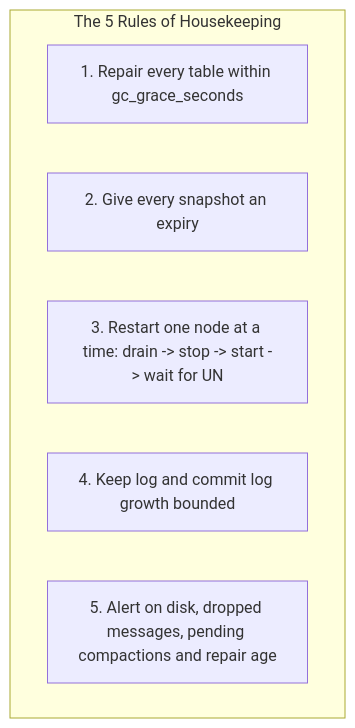
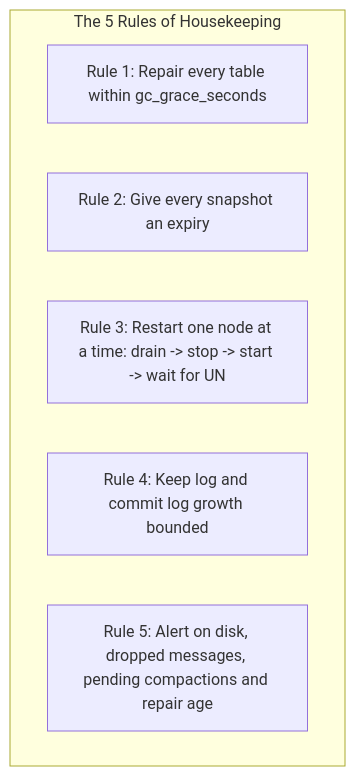
One commit to davetanana/cassandra-docs changed the first of 3 diagrams in 06_operations_and_housekeeping/02_housekeeping_and_automations.md. Above: the diagram before and after it, drawn with Mermaid. The commit also changed other lines of this file and 41 other files, not shown here.

````diff
--- a/06_operations_and_housekeeping/02_housekeeping_and_automations.md
+++ b/06_operations_and_housekeeping/02_housekeeping_and_automations.md
@@ -11,10 +11,10 @@
 ```mermaid
 graph TD
     subgraph HousekeepingRules ["The 5 Rules of Housekeeping"]
-        R1["1. Repair every table within gc_grace_seconds"]
-        R2["2. Give every snapshot an expiry"]
-        R3["3. Restart one node at a time: drain -> stop -> start -> wait for UN"]
-        R4["4. Keep log and commit log growth bounded"]
-        R5["5. Alert on disk, dropped messages, pending compactions and repair age"]
+        R1["Rule 1: Repair every table within gc_grace_seconds"]
+        R2["Rule 2: Give every snapshot an expiry"]
+        R3["Rule 3: Restart one node at a time: drain -> stop -> start -> wait for UN"]
+        R4["Rule 4: Keep log and commit log growth bounded"]
+        R5["Rule 5: Alert on disk, dropped messages, pending compactions and repair age"]
     end
 ```
````
